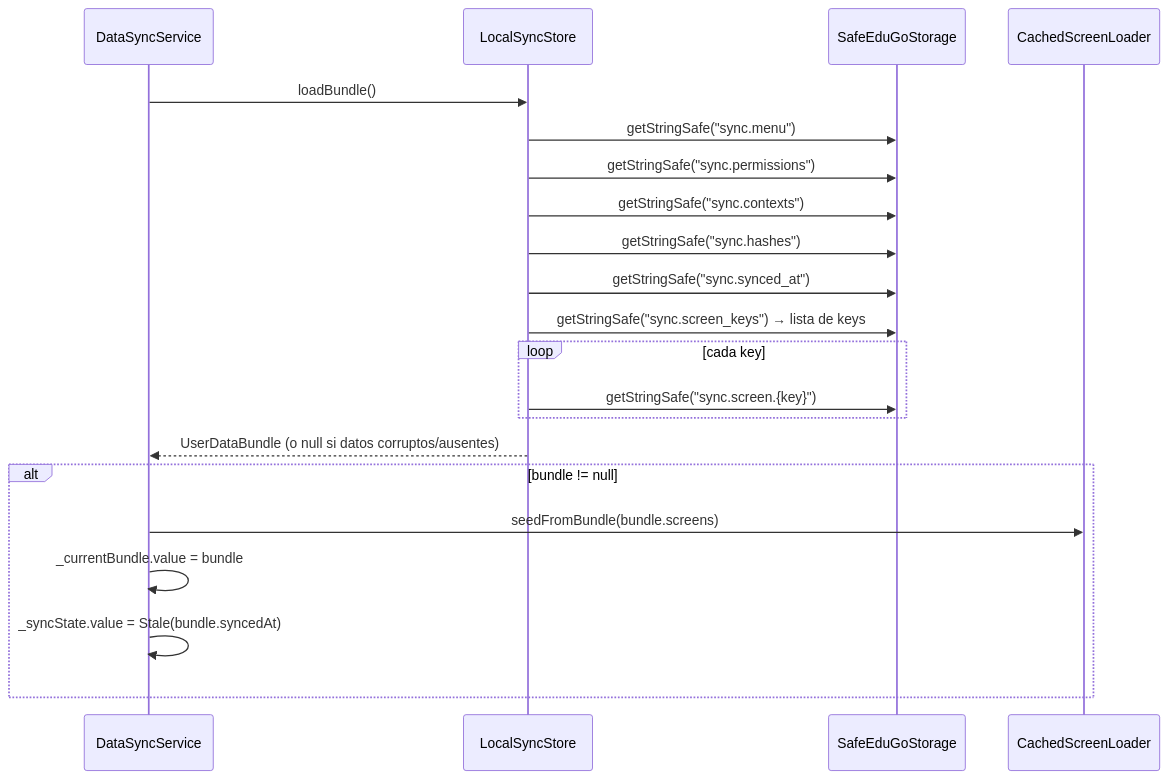
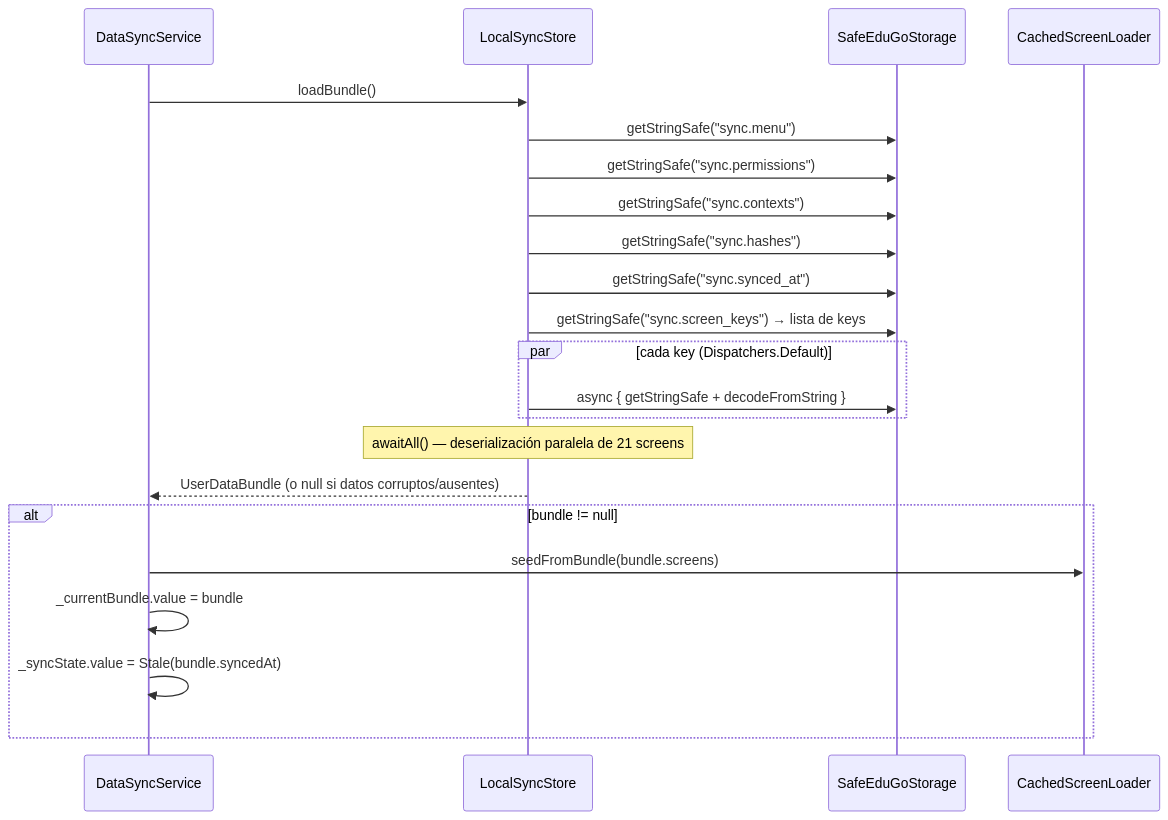
One commit to EduGoGroup/EduUi-KMP changed the eighth of 15 diagrams in docs/flujos-arquitectura/05-storage-local.md. Above: the diagram before and after it, drawn with Mermaid. The commit also changed other lines of this file and 9 other files, not shown here.

````diff
--- a/docs/flujos-arquitectura/05-storage-local.md
+++ b/docs/flujos-arquitectura/05-storage-local.md
@@ -264,24 +265,25 @@
 ```mermaid
 sequenceDiagram
     participant DS as DataSyncService
     participant LSS as LocalSyncStore
     participant Storage as SafeEduGoStorage
     participant CSL as CachedScreenLoader
 
     DS->>LSS: loadBundle()
     LSS->>Storage: getStringSafe("sync.menu")
     LSS->>Storage: getStringSafe("sync.permissions")
     LSS->>Storage: getStringSafe("sync.contexts")
     LSS->>Storage: getStringSafe("sync.hashes")
     LSS->>Storage: getStringSafe("sync.synced_at")
     LSS->>Storage: getStringSafe("sync.screen_keys") → lista de keys
-    loop cada key
-        LSS->>Storage: getStringSafe("sync.screen.{key}")
+    par cada key (Dispatchers.Default)
+        LSS->>Storage: async { getStringSafe + decodeFromString }
     end
+    Note over LSS: awaitAll() — deserialización paralela de 21 screens
     LSS-->>DS: UserDataBundle (o null si datos corruptos/ausentes)
     alt bundle != null
         DS->>CSL: seedFromBundle(bundle.screens)
         DS->>DS: _currentBundle.value = bundle
         DS->>DS: _syncState.value = Stale(bundle.syncedAt)
     end
 ```
````
